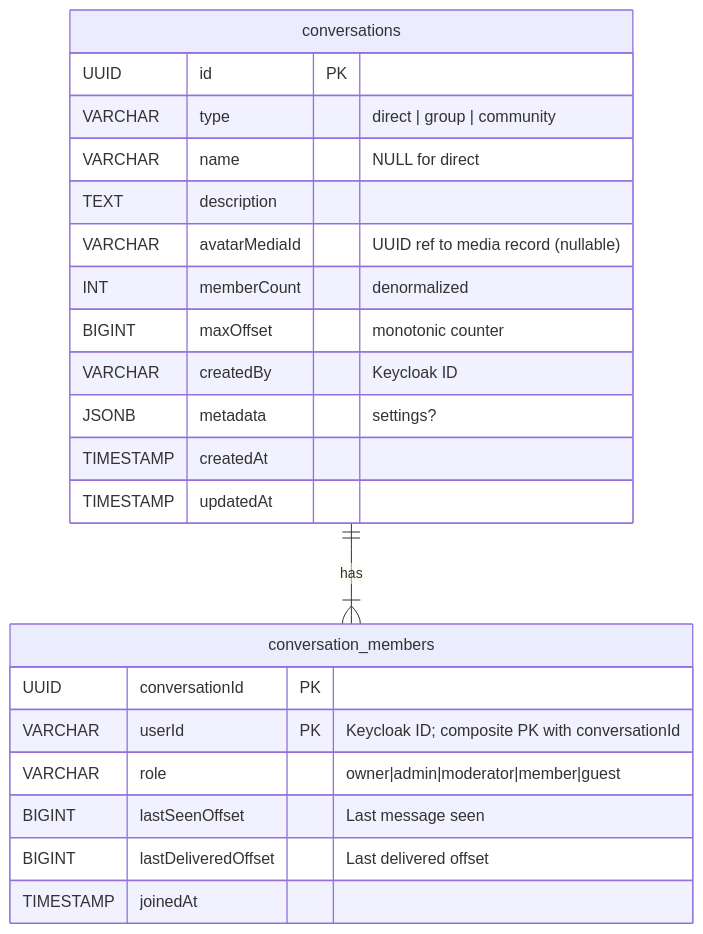
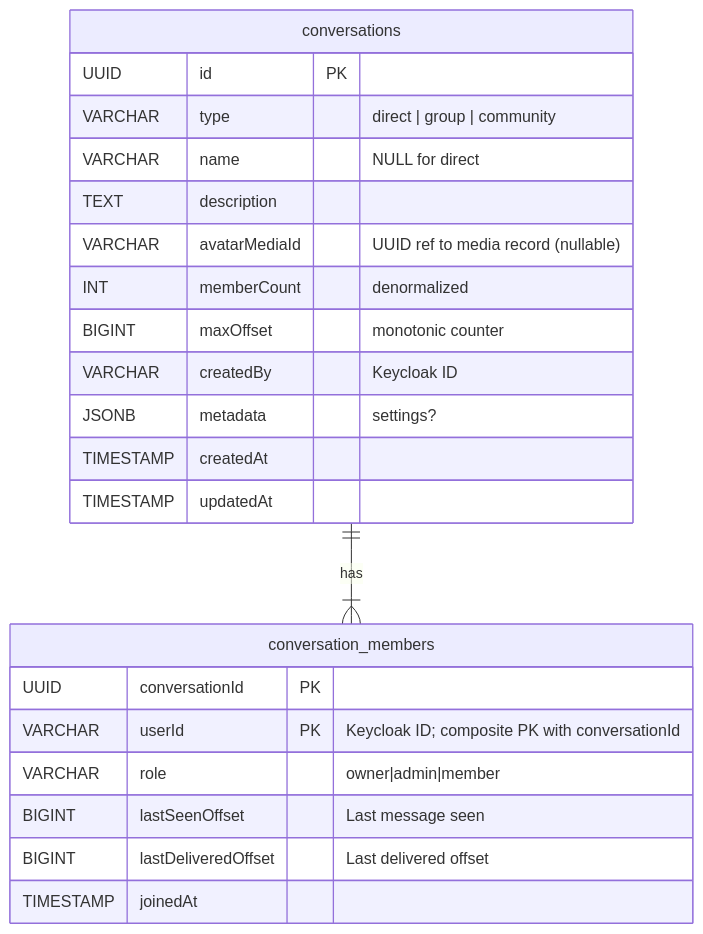
One commit to nguyenhung204/Zolo changed the fourth of 7 diagrams in docs_backend/diagrams/database-relations.md. Above: the diagram before and after it, drawn with Mermaid. The commit also changed other lines of this file and 44 other files, not shown here.

````diff
--- a/docs_backend/diagrams/database-relations.md
+++ b/docs_backend/diagrams/database-relations.md
@@ -231,27 +231,27 @@
 ```mermaid
 erDiagram
     conversations {
         UUID id PK
         VARCHAR type "direct | group | community"
         VARCHAR name "NULL for direct"
         TEXT description
         VARCHAR avatarMediaId "UUID ref to media record (nullable)"
         INT memberCount "denormalized"
         BIGINT maxOffset "monotonic counter"
         VARCHAR createdBy "Keycloak ID"
         JSONB metadata "settings?"
         TIMESTAMP createdAt
         TIMESTAMP updatedAt
     }
     
     conversation_members {
         UUID conversationId PK
         VARCHAR userId PK "Keycloak ID; composite PK with conversationId"
-        VARCHAR role "owner|admin|moderator|member|guest"
+        VARCHAR role "owner|admin|member"
         BIGINT lastSeenOffset "Last message seen"
         BIGINT lastDeliveredOffset "Last delivered offset"
         TIMESTAMP joinedAt
     }
     
     conversations ||--|{ conversation_members : "has"
 ```
````
